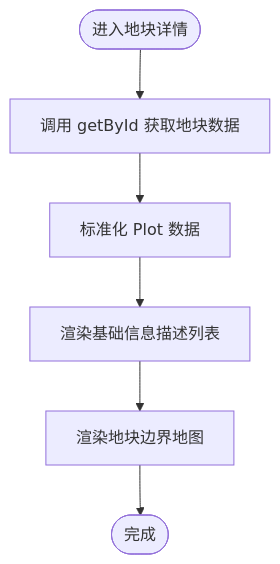
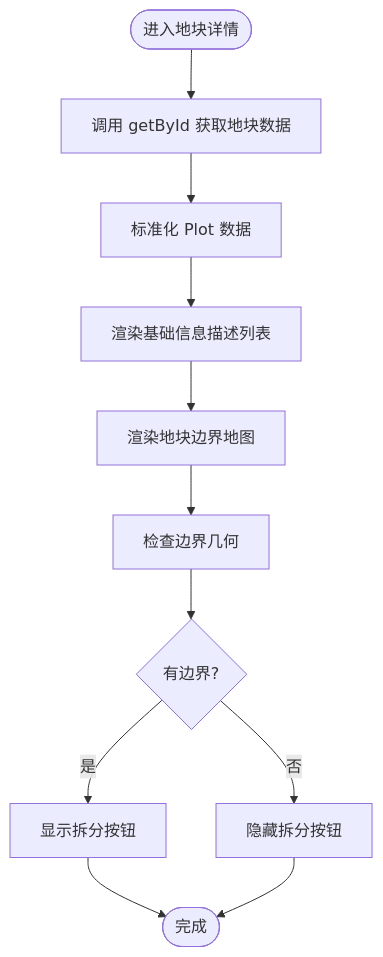
The third of 8 diagrams in .qoder/repowiki/zh/content/前端应用文档/核心页面/地块管理页面/地块详情页面.md (q446328246/agri-platform), drawn with Mermaid before and after one commit. The commit also changed other lines of this file and 52 other files, not shown here.

````diff
--- a/.qoder/repowiki/zh/content/前端应用文档/核心页面/地块管理页面/地块详情页面.md
+++ b/.qoder/repowiki/zh/content/前端应用文档/核心页面/地块管理页面/地块详情页面.md
@@ -127,8 +169,13 @@
 ```mermaid
 flowchart TD
 Start(["进入地块详情"]) --> Load["调用 getById 获取地块数据"]
 Load --> Normalize["标准化 Plot 数据"]
 Normalize --> RenderInfo["渲染基础信息描述列表"]
 RenderInfo --> RenderMap["渲染地块边界地图"]
-RenderMap --> End(["完成"])
+RenderMap --> CheckBoundary["检查边界几何"]
+CheckBoundary --> HasBoundary{"有边界?"}
+HasBoundary --> |是| ShowSplit["显示拆分按钮"]
+HasBoundary --> |否| NoSplit["隐藏拆分按钮"]
+ShowSplit --> End(["完成"])
+NoSplit --> End(["完成"])
 ```
````
